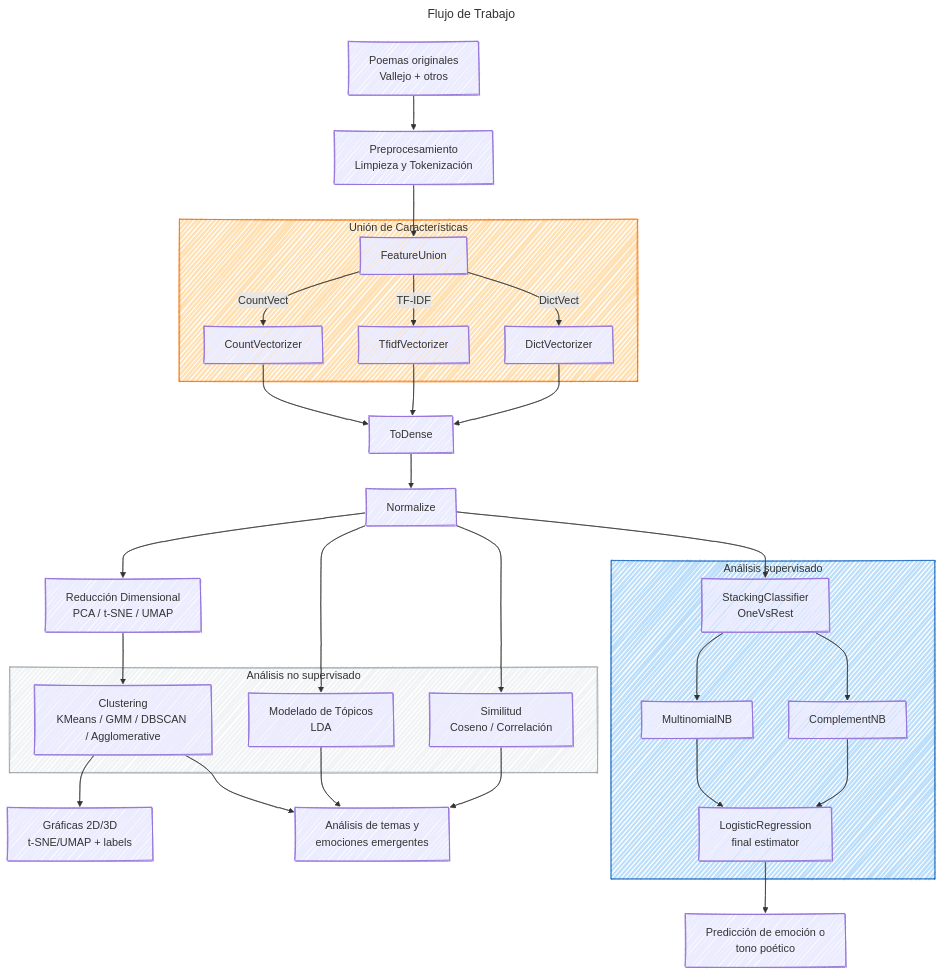
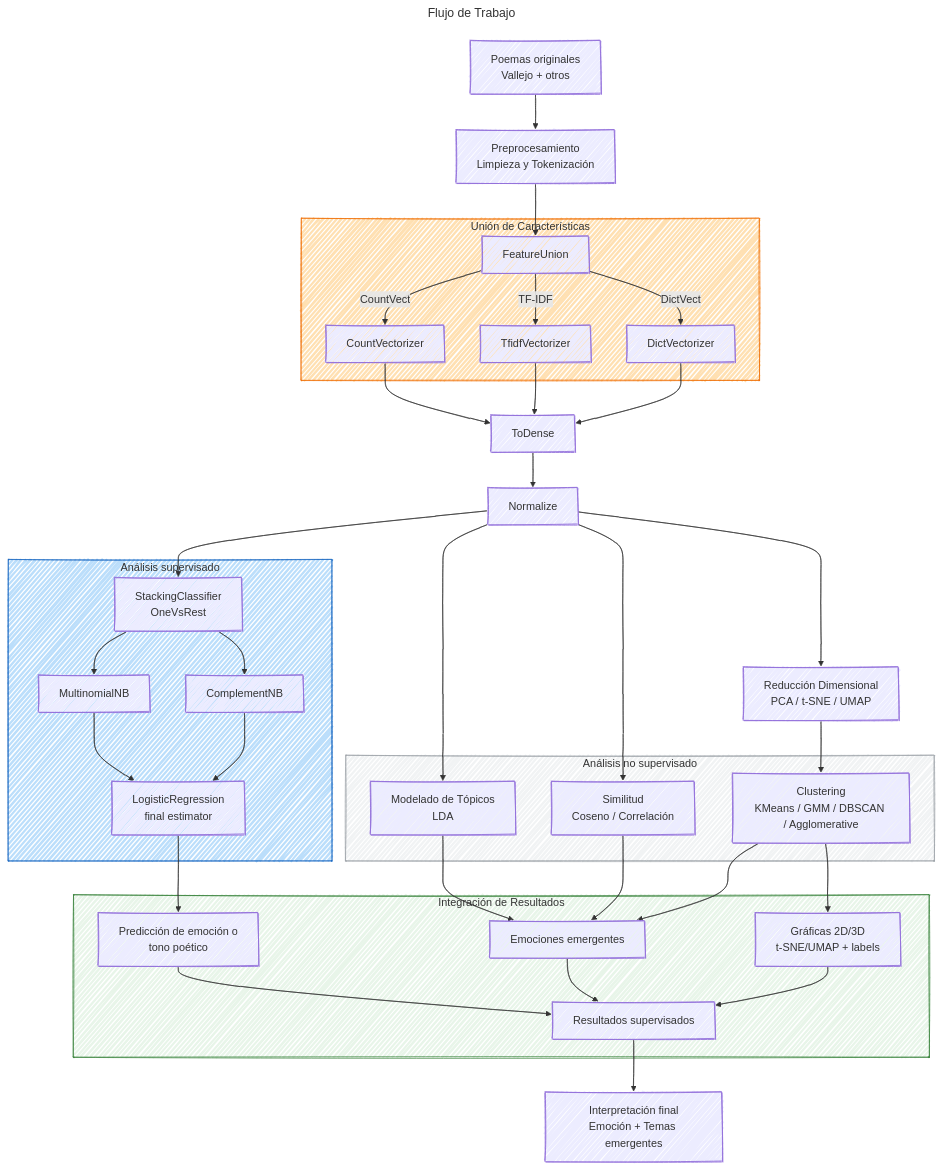
One commit to HubertRonald/VersoVector changed the diagram in README.md. Above: the diagram before and after it, drawn with Mermaid.

Commit message:
Workflow results

````diff
--- a/README.md
+++ b/README.md
@@ -48,64 +48,76 @@
 ```mermaid
 ---
 title: Flujo de Trabajo
 ---
 %%{init: {
     'look':'handDrawn',
     'theme':'default',
     'flowchart': {
       'layoutDirection': "TD"
     }
   }
 }%%
 flowchart
     A[Poemas originales<br>Vallejo + otros] --> B[Preprocesamiento<br>Limpieza y Tokenización]
 
     %% Representación expandida
     B --> S2[FeatureUnion]
 
     subgraph FeatureUnion["Unión de Características"]
     S2 -->|CountVect| S21[CountVectorizer]
     S2 -->|TF-IDF| S22[TfidfVectorizer]
     S2 -->|DictVect| S23[DictVectorizer]
     end
 
     %% unión de features
     S21 --> S3[ToDense]
     S22 --> S3[ToDense]
     S23 --> S3[ToDense]
     S3 --> S4[Normalize]
 
-    %% Ramas no supervisadas
+    %% Paso opcional de reducción dimensional
     S4 --> D[Reducción Dimensional<br>PCA / t-SNE / UMAP]
-    S4 --> F[Modelado de Tópicos<br>LDA]
-    S4 --> G[Similitud<br>Coseno / Correlación]
     D --> E[Clustering<br>KMeans / GMM / DBSCAN / Agglomerative]
 
+    %% Ramas no supervisadas
     subgraph Clustering["Análisis no supervisado"]
     E[Clustering<br>KMeans / GMM / DBSCAN / Agglomerative]
     F[Modelado de Tópicos<br>LDA]
     G[Similitud<br>Coseno / Correlación]
     end
 
+    S4 --> F
+    S4 --> G
+
     E --> H1[Gráficas 2D/3D<br>t-SNE/UMAP + labels]
-    F --> H2
+    F --> H2[Análisis de temas]
     G --> H2
-    E --> H2[Análisis de temas y<br>emociones emergentes]
+    E --> H2[Emociones emergentes]
 
     %% Rama supervisada detallada
     S4 --> S5[StackingClassifier<br>OneVsRest]
 
     subgraph Stacking["Análisis supervisado"]
     S5 --> S51[MultinomialNB]
     S5 --> S52[ComplementNB]
     S51 --> S6[LogisticRegression<br>final estimator]
     S52 --> S6[LogisticRegression<br>final estimator]
     end
 
     S6 --> E2[Predicción de emoción o<br>tono poético]
 
+    %% Subgraph de integración
+    subgraph Integracion["Integración de Resultados"]
+    E2 --> J[Resultados supervisados]
+    H2 --> J
+    H1 --> J
+    end
+
+    J --> K[Interpretación final<br>Emoción + Temas emergentes]
+
     %% === Estilos de subgraphs con colores ===
     style FeatureUnion fill:#FFE0B2,stroke:#EF6C00,stroke-width:2px  %% naranja claro
     style Stacking fill:#BBDEFB,stroke:#1565C0,stroke-width:2px       %% azul claro
     style Clustering fill:#F1F3F4,stroke:#9AA0A6,stroke-width:1px     %% gris claro
+    style Integracion fill:#E8F5E9,stroke:#2E7D32,stroke-width:2px    %% verde claro
 ```
````
